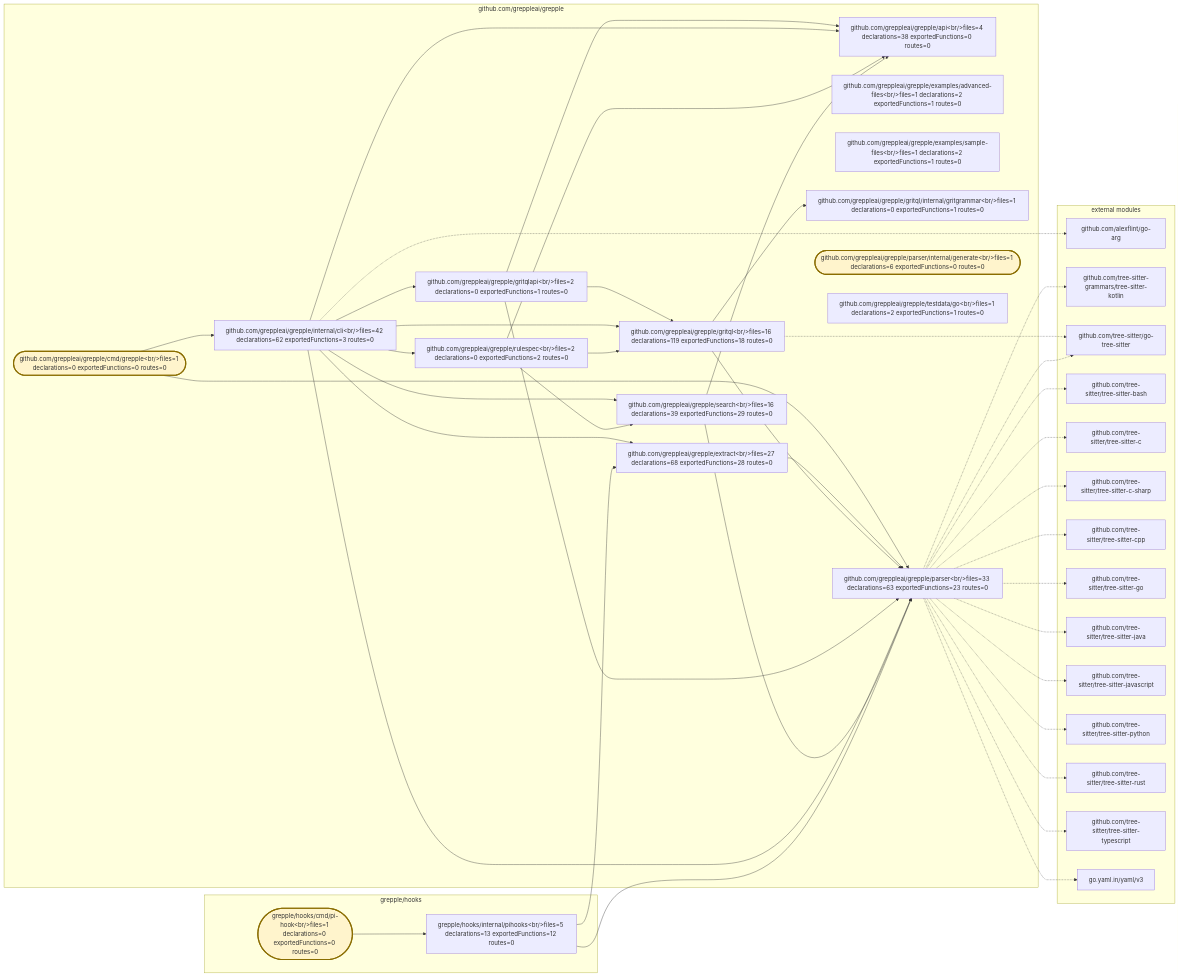
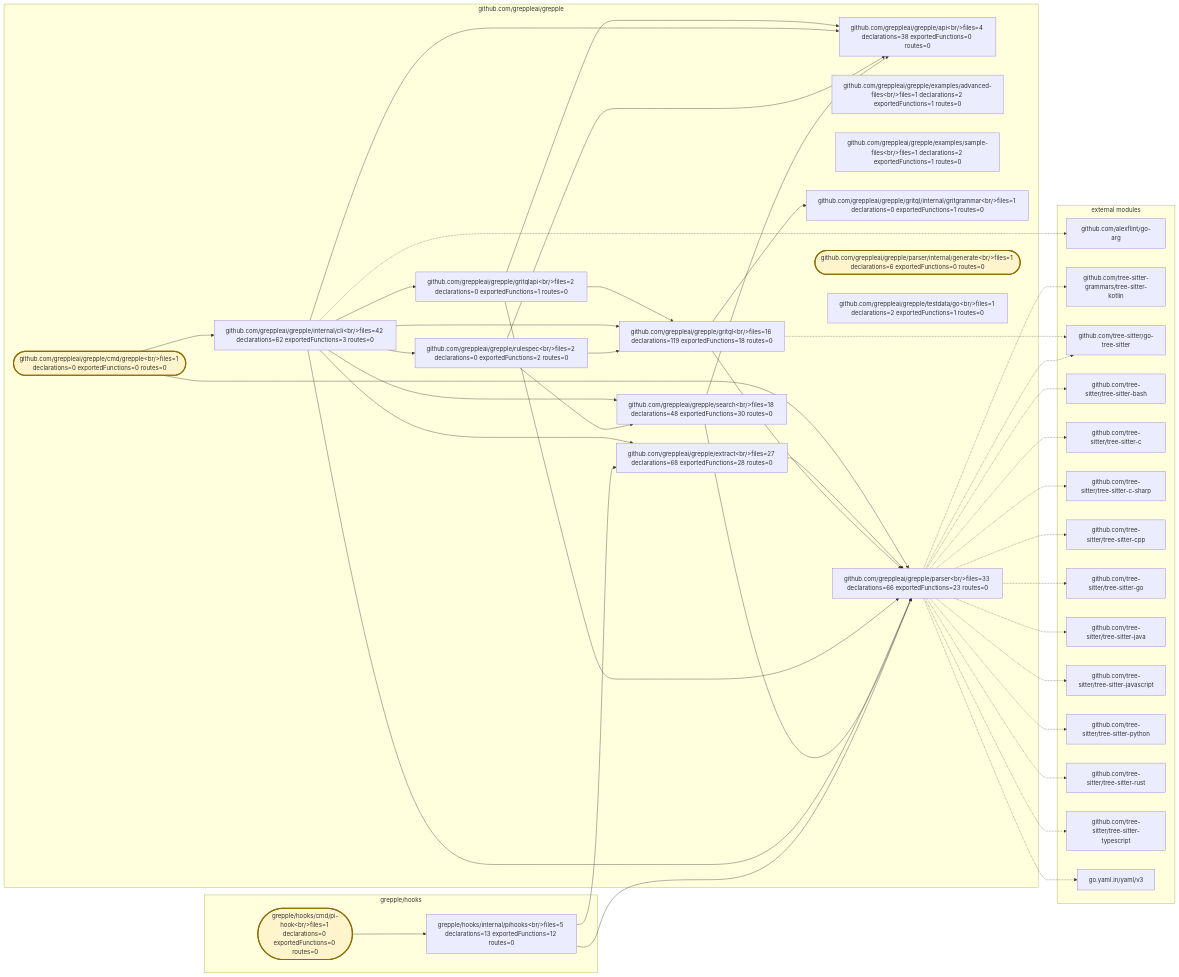
The diagram in .grepple/project.workspace/overview.mmd (greppleai/grepple), drawn with Mermaid before and after one commit. The commit also changed 38 other files, not shown here.

```diff
--- a/.grepple/project.workspace/overview.mmd
+++ b/.grepple/project.workspace/overview.mmd
@@ -1,79 +1,79 @@
 flowchart LR
     classDef entrypoint fill:#fff4cc,stroke:#8a6d00,stroke-width:3px
     subgraph module_0["github.com/greppleai/grepple"]
         package_0["github.com/greppleai/grepple/api&lt;br/&gt;files=4 declarations=38 exportedFunctions=0 routes=0"]
         package_1(["github.com/greppleai/grepple/cmd/grepple&lt;br/&gt;files=1 declarations=0 exportedFunctions=0 routes=0"])
         class package_1 entrypoint
         package_2["github.com/greppleai/grepple/examples/advanced-files&lt;br/&gt;files=1 declarations=2 exportedFunctions=1 routes=0"]
         package_3["github.com/greppleai/grepple/examples/sample-files&lt;br/&gt;files=1 declarations=2 exportedFunctions=1 routes=0"]
         package_4["github.com/greppleai/grepple/extract&lt;br/&gt;files=27 declarations=68 exportedFunctions=28 routes=0"]
         package_5["github.com/greppleai/grepple/gritql&lt;br/&gt;files=16 declarations=119 exportedFunctions=18 routes=0"]
         package_6["github.com/greppleai/grepple/gritql/internal/gritgrammar&lt;br/&gt;files=1 declarations=0 exportedFunctions=1 routes=0"]
         package_7["github.com/greppleai/grepple/gritqlapi&lt;br/&gt;files=2 declarations=0 exportedFunctions=1 routes=0"]
         package_8["github.com/greppleai/grepple/internal/cli&lt;br/&gt;files=42 declarations=62 exportedFunctions=3 routes=0"]
-        package_9["github.com/greppleai/grepple/parser&lt;br/&gt;files=33 declarations=63 exportedFunctions=23 routes=0"]
+        package_9["github.com/greppleai/grepple/parser&lt;br/&gt;files=33 declarations=66 exportedFunctions=23 routes=0"]
         package_10(["github.com/greppleai/grepple/parser/internal/generate&lt;br/&gt;files=1 declarations=6 exportedFunctions=0 routes=0"])
         class package_10 entrypoint
         package_11["github.com/greppleai/grepple/rulespec&lt;br/&gt;files=2 declarations=0 exportedFunctions=2 routes=0"]
-        package_12["github.com/greppleai/grepple/search&lt;br/&gt;files=16 declarations=39 exportedFunctions=29 routes=0"]
+        package_12["github.com/greppleai/grepple/search&lt;br/&gt;files=18 declarations=48 exportedFunctions=30 routes=0"]
         package_13["github.com/greppleai/grepple/testdata/go&lt;br/&gt;files=1 declarations=2 exportedFunctions=1 routes=0"]
     end
     subgraph module_1["grepple/hooks"]
         package_14(["grepple/hooks/cmd/pi-hook&lt;br/&gt;files=1 declarations=0 exportedFunctions=0 routes=0"])
         class package_14 entrypoint
         package_15["grepple/hooks/internal/pihooks&lt;br/&gt;files=5 declarations=13 exportedFunctions=12 routes=0"]
     end
     package_1 --> package_8
     package_1 --> package_9
     package_4 --> package_9
     package_5 --> package_6
     package_5 --> package_9
     package_7 --> package_0
     package_7 --> package_5
     package_7 --> package_9
     package_8 --> package_0
     package_8 --> package_4
     package_8 --> package_5
     package_8 --> package_7
     package_8 --> package_9
     package_8 --> package_11
     package_8 --> package_12
     package_11 --> package_0
     package_11 --> package_5
     package_11 --> package_12
     package_12 --> package_0
     package_12 --> package_9
     package_14 --> package_15
     package_15 --> package_4
     package_15 --> package_9
     subgraph external_dependencies["external modules"]
         external_0["github.com/alexflint/go-arg"]
         external_1["github.com/tree-sitter-grammars/tree-sitter-kotlin"]
         external_2["github.com/tree-sitter/go-tree-sitter"]
         external_3["github.com/tree-sitter/tree-sitter-bash"]
         external_4["github.com/tree-sitter/tree-sitter-c"]
         external_5["github.com/tree-sitter/tree-sitter-c-sharp"]
         external_6["github.com/tree-sitter/tree-sitter-cpp"]
         external_7["github.com/tree-sitter/tree-sitter-go"]
         external_8["github.com/tree-sitter/tree-sitter-java"]
         external_9["github.com/tree-sitter/tree-sitter-javascript"]
         external_10["github.com/tree-sitter/tree-sitter-python"]
         external_11["github.com/tree-sitter/tree-sitter-rust"]
         external_12["github.com/tree-sitter/tree-sitter-typescript"]
         external_13["go.yaml.in/yaml/v3"]
     end
     package_8 -.-> external_0
     package_9 -.-> external_1
     package_5 -.-> external_2
     package_9 -.-> external_2
     package_9 -.-> external_3
     package_9 -.-> external_4
     package_9 -.-> external_5
     package_9 -.-> external_6
     package_9 -.-> external_7
     package_9 -.-> external_8
     package_9 -.-> external_9
     package_9 -.-> external_10
     package_9 -.-> external_11
     package_9 -.-> external_12
     package_9 -.-> external_13
```
